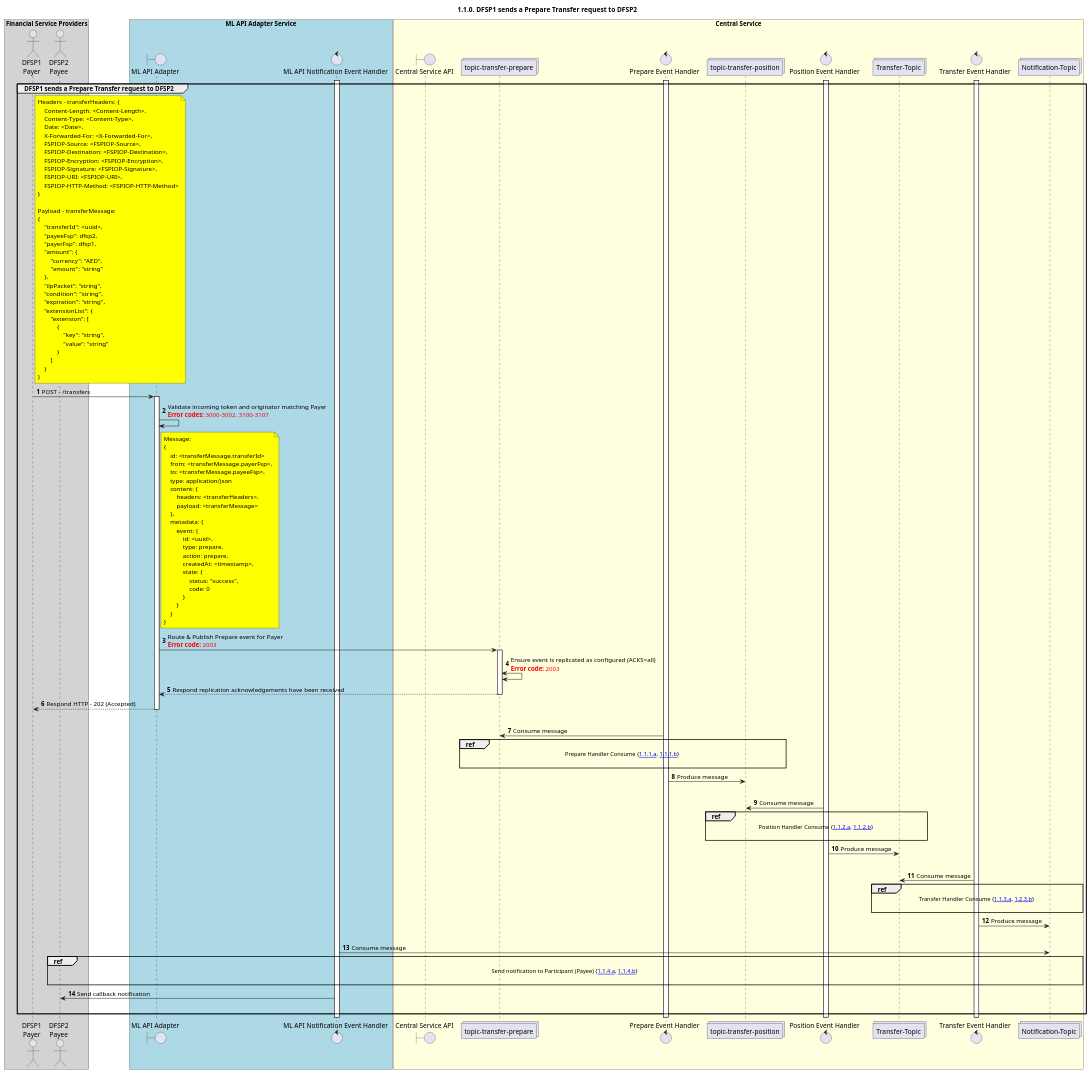
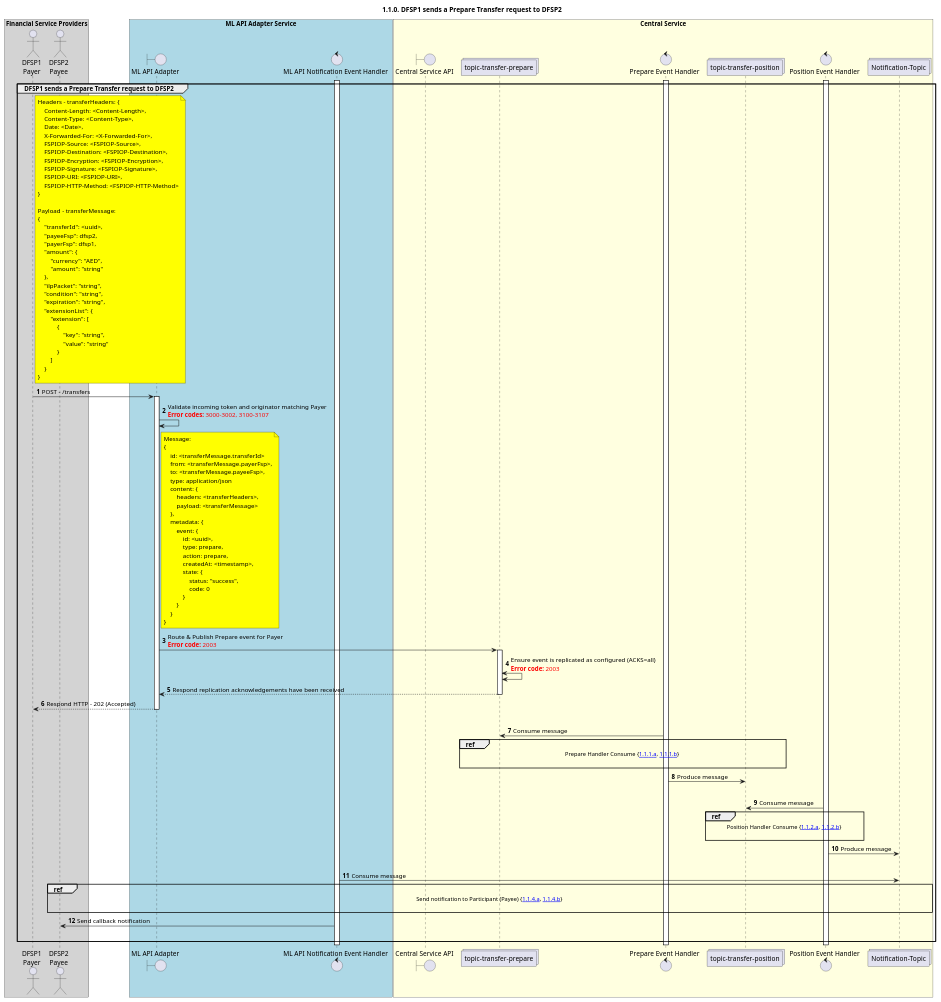
The diagram in Diagrams/SequenceDiagrams/seq-prepare-1.1.0.plantuml (ggrg/docs), drawn with PlantUML before and after one commit. The commit also changed 91 other files, not shown here.

```diff
--- a/Diagrams/SequenceDiagrams/seq-prepare-1.1.0.plantuml
+++ b/Diagrams/SequenceDiagrams/seq-prepare-1.1.0.plantuml
@@ -26,148 +26,138 @@
 @startuml
 ' declate title
 title 1.1.0. DFSP1 sends a Prepare Transfer request to DFSP2
 
 autonumber
 
 ' Actor Keys:
 '   boundary - APIs/Interfaces, etc
 '   collections - Kafka Topics
 '   control - Kafka Consumers
 '   entity - Database Access Objects
 '   database - Database Persistance Store
 
 ' declare actors
 actor "DFSP1\nPayer" as DFSP1
 actor "DFSP2\nPayee" as DFSP2
 boundary "ML API Adapter" as MLAPI
 control "ML API Notification Event Handler" as NOTIFY_HANDLER
 boundary "Central Service API" as CSAPI
 collections "topic-transfer-prepare" as TOPIC_TRANSFER_PREPARE
 control "Prepare Event Handler" as PREP_HANDLER
 collections "topic-transfer-position" as TOPIC_TRANSFER_POSITION
 control "Position Event Handler" as POS_HANDLER
-collections "Transfer-Topic" as TOPIC_TRANSFERS
-control "Transfer Event Handler" as TRANS_HANDLER
 collections "Notification-Topic" as TOPIC_NOTIFICATIONS
 
 box "Financial Service Providers" #lightGray
 	participant DFSP1
 	participant DFSP2
 end box
 
 box "ML API Adapter Service" #LightBlue
 	participant MLAPI
 	participant NOTIFY_HANDLER
 end box
 
 box "Central Service" #LightYellow
     participant CSAPI
 	participant TOPIC_TRANSFER_PREPARE
     participant PREP_HANDLER
     participant TOPIC_TRANSFER_POSITION
     participant POS_HANDLER
-    participant TOPIC_TRANSFERS
-    participant TRANS_HANDLER
     participant TOPIC_NOTIFICATIONS
 end box
 
 ' start flow
 activate NOTIFY_HANDLER
 activate PREP_HANDLER
 activate POS_HANDLER
-activate TRANS_HANDLER
 group DFSP1 sends a Prepare Transfer request to DFSP2
     note right of DFSP1 #yellow
         Headers - transferHeaders: {
             Content-Length: <Content-Length>,
             Content-Type: <Content-Type>,
             Date: <Date>,
             X-Forwarded-For: <X-Forwarded-For>,
             FSPIOP-Source: <FSPIOP-Source>,
             FSPIOP-Destination: <FSPIOP-Destination>,
             FSPIOP-Encryption: <FSPIOP-Encryption>,
             FSPIOP-Signature: <FSPIOP-Signature>,
             FSPIOP-URI: <FSPIOP-URI>,
             FSPIOP-HTTP-Method: <FSPIOP-HTTP-Method>
         }
 
         Payload - transferMessage:
         {
             "transferId": <uuid>,
             "payeeFsp": dfsp2,
             "payerFsp": dfsp1,
             "amount": {
                 "currency": "AED",
                 "amount": "string"
             },
             "ilpPacket": "string",
             "condition": "string",
             "expiration": "string",
             "extensionList": {
                 "extension": [
                     {
                         "key": "string",
                         "value": "string"
                     }
                 ]
             }
         }
     end note
     DFSP1 -> MLAPI: POST - /transfers
     activate MLAPI
     MLAPI -> MLAPI: Validate incoming token and originator matching Payer\n<color #FF0000><b>Error codes:</b> 3000-3002, 3100-3107</color>
     note right of MLAPI #yellow
         Message:
         {
             id: <transferMessage.transferId>
             from: <transferMessage.payerFsp>,
             to: <transferMessage.payeeFsp>,
             type: application/json
             content: {
                 headers: <transferHeaders>,
                 payload: <transferMessage>
             },
             metadata: {
                 event: {
                     id: <uuid>,
                     type: prepare,
                     action: prepare,
                     createdAt: <timestamp>,
                     state: {
                         status: "success",
                         code: 0
                     }
                 }
             }
         }
     end note
     MLAPI -> TOPIC_TRANSFER_PREPARE: Route & Publish Prepare event for Payer\n<color #FF0000><b>Error code:</b> 2003</color>
     activate TOPIC_TRANSFER_PREPARE
     TOPIC_TRANSFER_PREPARE <-> TOPIC_TRANSFER_PREPARE: Ensure event is replicated as configured (ACKS=all)\n<color #FF0000><b>Error code:</b> 2003</color>
     TOPIC_TRANSFER_PREPARE --> MLAPI: Respond replication acknowledgements have been received
     deactivate TOPIC_TRANSFER_PREPARE
     MLAPI ---> DFSP1: Respond HTTP - 202 (Accepted)
     deactivate MLAPI
     |||
     TOPIC_TRANSFER_PREPARE <- PREP_HANDLER: Consume message
     ref over TOPIC_TRANSFER_PREPARE, PREP_HANDLER, TOPIC_TRANSFER_POSITION :  Prepare Handler Consume {[[https://github.com/mojaloop/docs/blob/master/CentralServices/seq_diagrams/seq-prepare-1.1.1.a.svg 1.1.1.a]], [[https://github.com/mojaloop/docs/blob/master/CentralServices/seq_diagrams/seq-prepare-1.1.1.b.svg 1.1.1.b]]} \n
     PREP_HANDLER -> TOPIC_TRANSFER_POSITION: Produce message
     |||
     TOPIC_TRANSFER_POSITION <- POS_HANDLER: Consume message
-    ref over TOPIC_TRANSFER_POSITION, POS_HANDLER, TOPIC_TRANSFERS : Position Handler Consume {[[https://github.com/mojaloop/docs/blob/master/CentralServices/seq_diagrams/seq-prepare-1.1.2.a.svg 1.1.2.a]], [[https://github.com/mojaloop/docs/blob/master/CentralServices/seq_diagrams/seq-prepare-1.1.2.b.svg 1.1.2.b]]} \n
-    POS_HANDLER -> TOPIC_TRANSFERS: Produce message
-    |||
-    TOPIC_TRANSFERS <- TRANS_HANDLER: Consume message
-    ref over TOPIC_TRANSFERS, TRANS_HANDLER, TOPIC_NOTIFICATIONS : Transfer Handler Consume {[[https://github.com/mojaloop/docs/blob/master/CentralServices/seq_diagrams/seq-prepare-1.1.3.a.svg 1.1.3.a]], [[https://github.com/mojaloop/docs/blob/master/CentralServices/seq_diagrams/seq-prepare-1.1.3.b.svg 1.2.3.b]]} \n
-    TRANS_HANDLER -> TOPIC_NOTIFICATIONS: Produce message
+    ref over TOPIC_TRANSFER_POSITION, POS_HANDLER : Position Handler Consume {[[https://github.com/mojaloop/docs/blob/master/CentralServices/seq_diagrams/seq-prepare-1.1.2.a.svg 1.1.2.a]], [[https://github.com/mojaloop/docs/blob/master/CentralServices/seq_diagrams/seq-prepare-1.1.2.b.svg 1.1.2.b]]} \n
+    POS_HANDLER -> TOPIC_NOTIFICATIONS: Produce message
     |||
     TOPIC_NOTIFICATIONS <- NOTIFY_HANDLER: Consume message
     ref over DFSP2, TOPIC_NOTIFICATIONS : Send notification to Participant (Payee) {[[https://github.com/mojaloop/docs/blob/master/CentralServices/seq_diagrams/seq-prepare-1.1.4.a.svg 1.1.4.a]], [[https://github.com/mojaloop/docs/blob/master/CentralServices/seq_diagrams/seq-prepare-1.1.4.b.svg 1.1.4.b]]} \n
     NOTIFY_HANDLER -> DFSP2: Send callback notification
     |||
 end
-deactivate TRANS_HANDLER
 deactivate POS_HANDLER
 deactivate PREP_HANDLER
 deactivate NOTIFY_HANDLER
 @enduml
```
